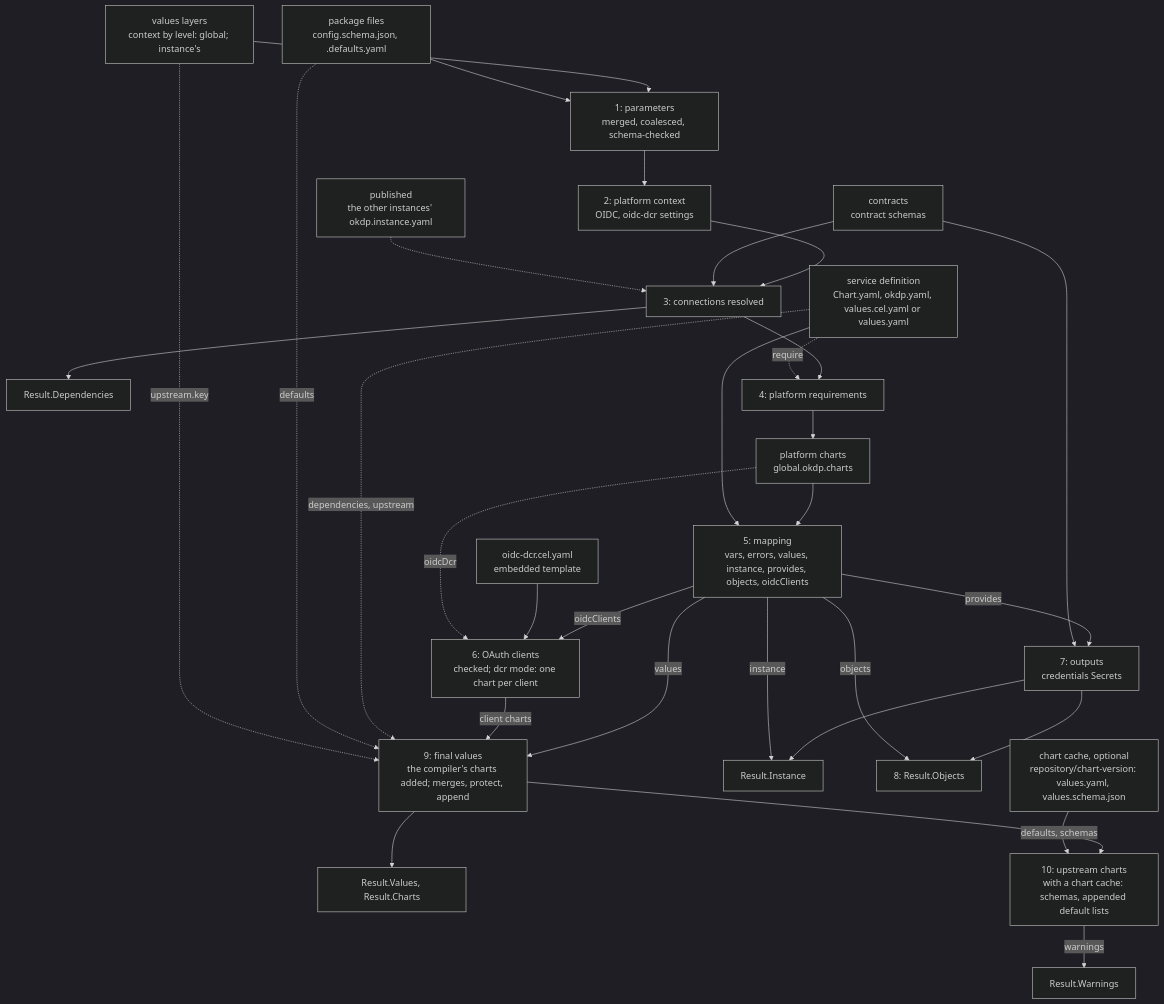
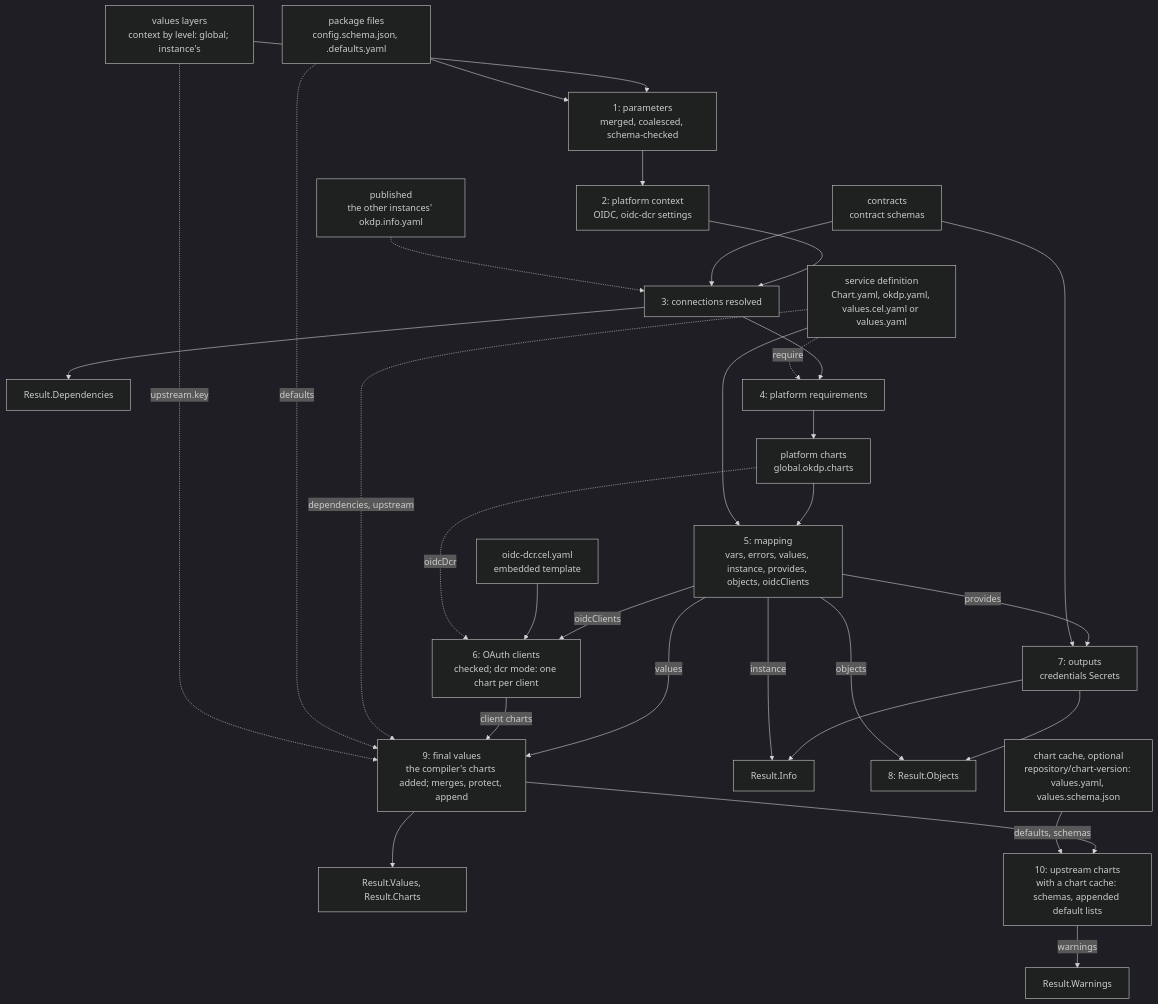
Before and after one commit to OKDP/okdp-compiler: the diagram in docs/00_architecture.md, drawn with Mermaid (dark theme). The commit also changed other lines of this file and 26 other files, not shown here.

Commit message:
feat!: okdp.info.yaml, what an instance publishes

````diff
--- a/docs/00_architecture.md
+++ b/docs/00_architecture.md
@@ -51,41 +51,41 @@
 ```mermaid
 flowchart TD
   def["service definition<br/>Chart.yaml, okdp.yaml, values.cel.yaml or values.yaml"]
   pkg["package files<br/>config.schema.json, <key>.defaults.yaml"]
   layers["values layers<br/>context by level: global; instance's"]
   contracts["contracts<br/>contract schemas"]
-  published["published<br/>the other instances' okdp.instance.yaml"]
+  published["published<br/>the other instances' okdp.info.yaml"]
   cache["chart cache, optional<br/>repository/chart-version: values.yaml, values.schema.json"]
   tmpl["oidc-dcr.cel.yaml<br/>embedded template"]
 
   layers --> s1["1: parameters<br/>merged, coalesced, schema-checked"]
   pkg --> s1
   s1 --> s2["2: platform context<br/>OIDC, oidc-dcr settings"]
   s2 --> s3["3: connections resolved"]
   contracts --> s3
   published -.-> s3
   s3 --> deps["Result.Dependencies"]
   s3 --> s4["4: platform requirements"]
   def -. "require" .-> s4
   s4 --> pc["platform charts<br/>global.okdp.charts"]
   pc --> s5["5: mapping<br/>vars, errors, values, instance, provides, objects, oidcClients"]
   def --> s5
   s5 -- oidcClients --> s6["6: OAuth clients<br/>checked; dcr mode: one chart per client"]
   tmpl --> s6
   pc -. oidcDcr .-> s6
   s5 -- provides --> s7["7: outputs<br/>credentials Secrets"]
   contracts --> s7
-  s7 --> inst["Result.Instance"]
+  s7 --> inst["Result.Info"]
   s5 -- instance --> inst
   s7 --> s8["8: Result.Objects"]
   s5 -- objects --> s8
   s5 -- values --> s9["9: final values<br/>the compiler's charts added; merges, protect, append"]
   s6 -- "client charts" --> s9
   def -. "dependencies, upstream" .-> s9
   pkg -. defaults .-> s9
   layers -. "upstream.key" .-> s9
   s9 --> vals["Result.Values, Result.Charts"]
   s9 --> s10["10: upstream charts<br/>with a chart cache: schemas, appended default lists"]
   cache -- "defaults, schemas" --> s10
   s10 -- warnings --> warn["Result.Warnings"]
 ```
````
